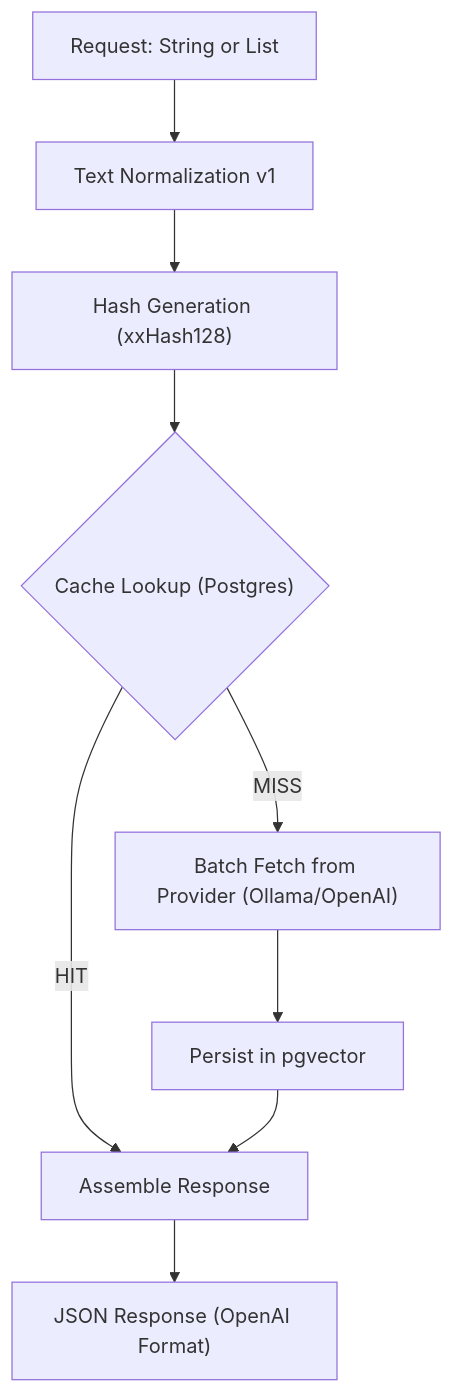
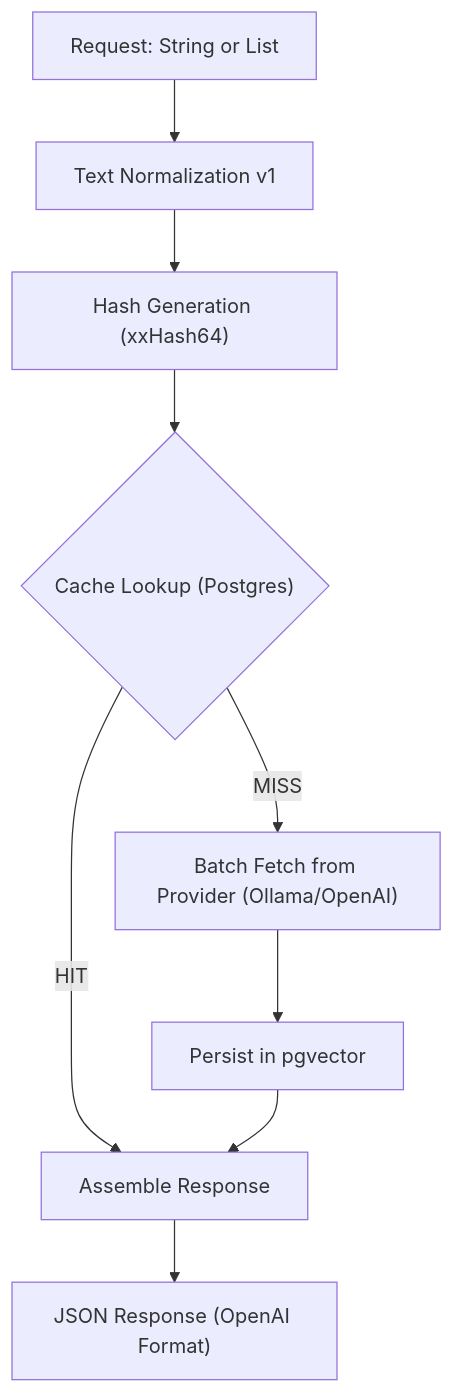
Before and after one commit to LA-Referencia-IOI/lareferencia-embedding-service: the diagram in README.md, drawn with Mermaid. The commit also changed 1 other file, not shown here.

````diff
--- a/README.md
+++ b/README.md
@@ -43,13 +43,13 @@
 ```mermaid
 flowchart TD
     A[Request: String or List] --> B[Text Normalization v1]
-    B --> C["Hash Generation (xxHash128)"]
+    B --> C["Hash Generation (xxHash64)"]
     C --> D{"Cache Lookup (Postgres)"}
 
     D -->|HIT| E[Assemble Response]
     D -->|MISS| F["Batch Fetch from Provider (Ollama/OpenAI)"]
 
     F --> G[Persist in pgvector]
     G --> E
     E --> H["JSON Response (OpenAI Format)"]
 ```
````
